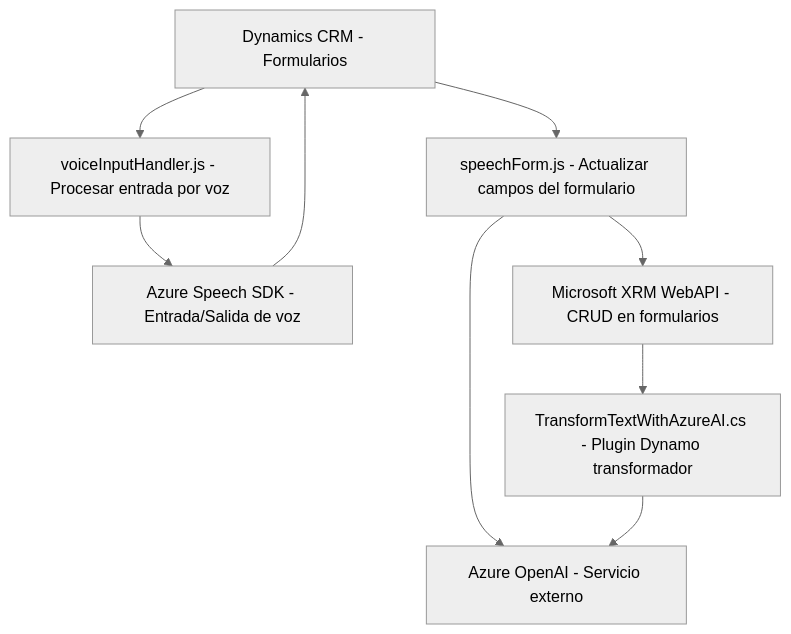
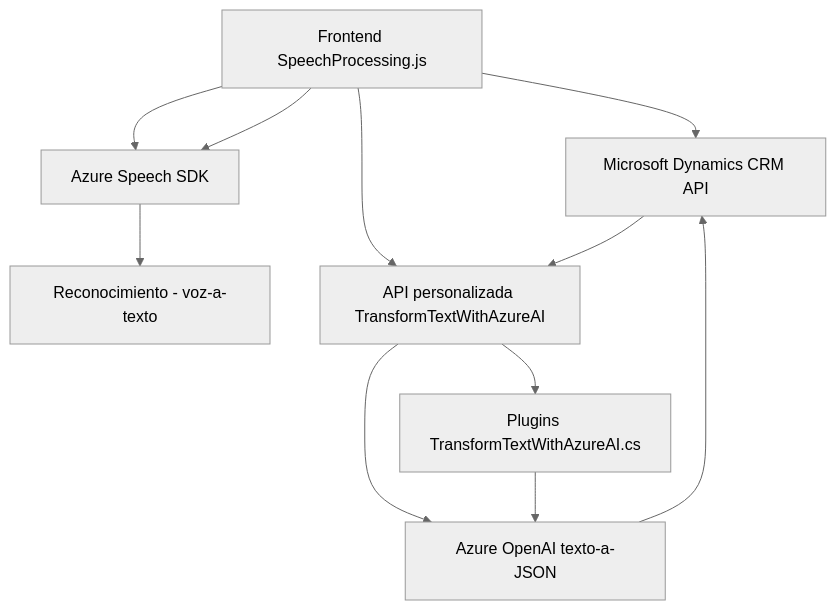
Before and after one commit to blopezdm/NETCORE_BILBAO2025: the diagram in README.md, drawn with Mermaid (neutral theme). The commit also changed other lines of this file, not shown here.

Commit message:
Actualizar análisis global de la solución con IA

````diff
--- a/README.md
+++ b/README.md
@@ -41,19 +47,15 @@
 ```mermaid
 graph TD
-    A["Dynamics CRM - Formularios"]
-    B["voiceInputHandler.js - Procesar entrada por voz"]
-    C["speechForm.js - Actualizar campos del formulario"]
-    D["Azure Speech SDK - Entrada/Salida de voz"]
-    E["TransformTextWithAzureAI.cs - Plugin Dynamo transformador"]
-    F["Microsoft XRM WebAPI - CRUD en formularios"]
-    G["Azure OpenAI - Servicio externo"]
-    
-    A --> B
-    B --> D
-    D --> A
-    A --> C
-    C --> F
-    C --> G
-    F --> E
-    E --> G
+    A["Frontend VozInputHandler.js"] --> B["Azure Speech SDK"]
+    A --> D["Microsoft Dynamics CRM API"]
+    B --> C["Reconocimiento - voz-a-texto"]
+    A["Frontend SpeechProcessing.js"] --> B
+    A --> F["API personalizada TransformTextWithAzureAI"]
+    F --> G["Azure OpenAI texto-a-JSON"]
+
+    D --> F
+    F --> H["Plugins TransformTextWithAzureAI.cs"]
+    H --> G
+
+    G --> D
 ```
````
